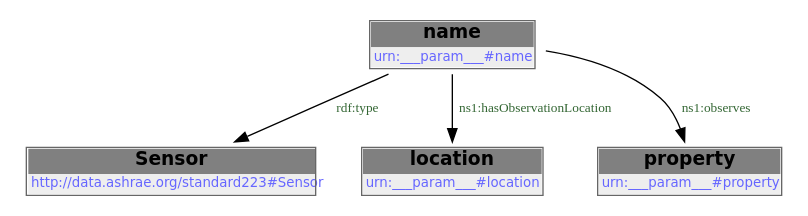
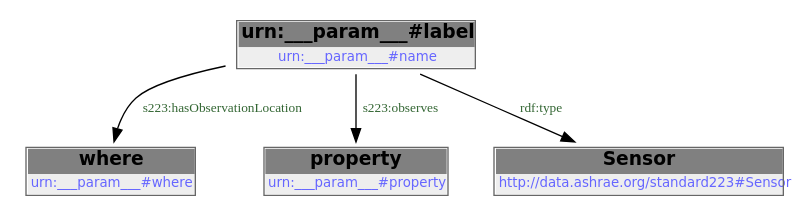
One commit to DataDrivenCPS/water-ontology changed the diagram in docs/libraries/templates/sensor.rst. Above: the diagram before and after it, drawn with Graphviz. The commit also changed other lines of this file and 83 other files, not shown here.

```diff
--- a/docs/libraries/templates/sensor.rst
+++ b/docs/libraries/templates/sensor.rst
@@ -58,12 +54,16 @@
-        .. graphviz::
+.. graphviz::
 
-                digraph G {
-            node [fontname="DejaVu Sans"];
-            node0 -> node1 [color=BLACK, label=< <font point-size='10' color='#336633'>rdf:type</font> >];
-            node0 -> node2 [color=BLACK, label=< <font point-size='10' color='#336633'>ns1:hasObservationLocation</font> >];
-            node0 -> node3 [color=BLACK, label=< <font point-size='10' color='#336633'>ns1:observes</font> >];
-            node0 [shape=none, color=black, label=< <table color='#666666' cellborder='0' cellspacing='0' border='1'><tr><td colspan='2' bgcolor='grey'><B>name</B></td></tr><tr><td href='urn:___param___#name' bgcolor='#eeeeee' colspan='2'><font point-size='10' color='#6666ff'>urn:___param___#name</font></td></tr></table> >];
-            node1 [shape=none, color=black, label=< <table color='#666666' cellborder='0' cellspacing='0' border='1'><tr><td colspan='2' bgcolor='grey'><B>Sensor</B></td></tr><tr><td href='http://data.ashrae.org/standard223#Sensor' bgcolor='#eeeeee' colspan='2'><font point-size='10' color='#6666ff'>http://data.ashrae.org/standard223#Sensor</font></td></tr></table> >];
-            node2 [shape=none, color=black, label=< <table color='#666666' cellborder='0' cellspacing='0' border='1'><tr><td colspan='2' bgcolor='grey'><B>location</B></td></tr><tr><td href='urn:___param___#location' bgcolor='#eeeeee' colspan='2'><font point-size='10' color='#6666ff'>urn:___param___#location</font></td></tr></table> >];
-            node3 [shape=none, color=black, label=< <table color='#666666' cellborder='0' cellspacing='0' border='1'><tr><td colspan='2' bgcolor='grey'><B>property</B></td></tr><tr><td href='urn:___param___#property' bgcolor='#eeeeee' colspan='2'><font point-size='10' color='#6666ff'>urn:___param___#property</font></td></tr></table> >];
-            }
+    digraph {
+     node [ fontname="DejaVu Sans" ] ;
+        node0 -> node1 [ color=BLACK, label=< <font point-size='10' color='#336633'>s223:hasObservationLocation</font> > ] ;
+        node0 -> node2 [ color=BLACK, label=< <font point-size='10' color='#336633'>s223:observes</font> > ] ;
+        node0 -> node3 [ color=BLACK, label=< <font point-size='10' color='#336633'>rdf:type</font> > ] ;
+    # urn:___param___#name node0
+    node0 [ shape=none, color=black label=< <table color='#666666' cellborder='0' cellspacing='0' border='1'><tr><td colspan='2' bgcolor='grey'><B>urn:___param___#label</B></td></tr><tr><td href='urn:___param___#name' bgcolor='#eeeeee' colspan='2'><font point-size='10' color='#6666ff'>urn:___param___#name</font></td></tr></table> > ]
+    # urn:___param___#where node1
+    node1 [ shape=none, color=black label=< <table color='#666666' cellborder='0' cellspacing='0' border='1'><tr><td colspan='2' bgcolor='grey'><B>where</B></td></tr><tr><td href='urn:___param___#where' bgcolor='#eeeeee' colspan='2'><font point-size='10' color='#6666ff'>urn:___param___#where</font></td></tr></table> > ]
+    # urn:___param___#property node2
+    node2 [ shape=none, color=black label=< <table color='#666666' cellborder='0' cellspacing='0' border='1'><tr><td colspan='2' bgcolor='grey'><B>property</B></td></tr><tr><td href='urn:___param___#property' bgcolor='#eeeeee' colspan='2'><font point-size='10' color='#6666ff'>urn:___param___#property</font></td></tr></table> > ]
+    # http://data.ashrae.org/standard223#Sensor node3
+    node3 [ shape=none, color=black label=< <table color='#666666' cellborder='0' cellspacing='0' border='1'><tr><td colspan='2' bgcolor='grey'><B>Sensor</B></td></tr><tr><td href='http://data.ashrae.org/standard223#Sensor' bgcolor='#eeeeee' colspan='2'><font point-size='10' color='#6666ff'>http://data.ashrae.org/standard223#Sensor</font></td></tr></table> > ]
+    }
```
